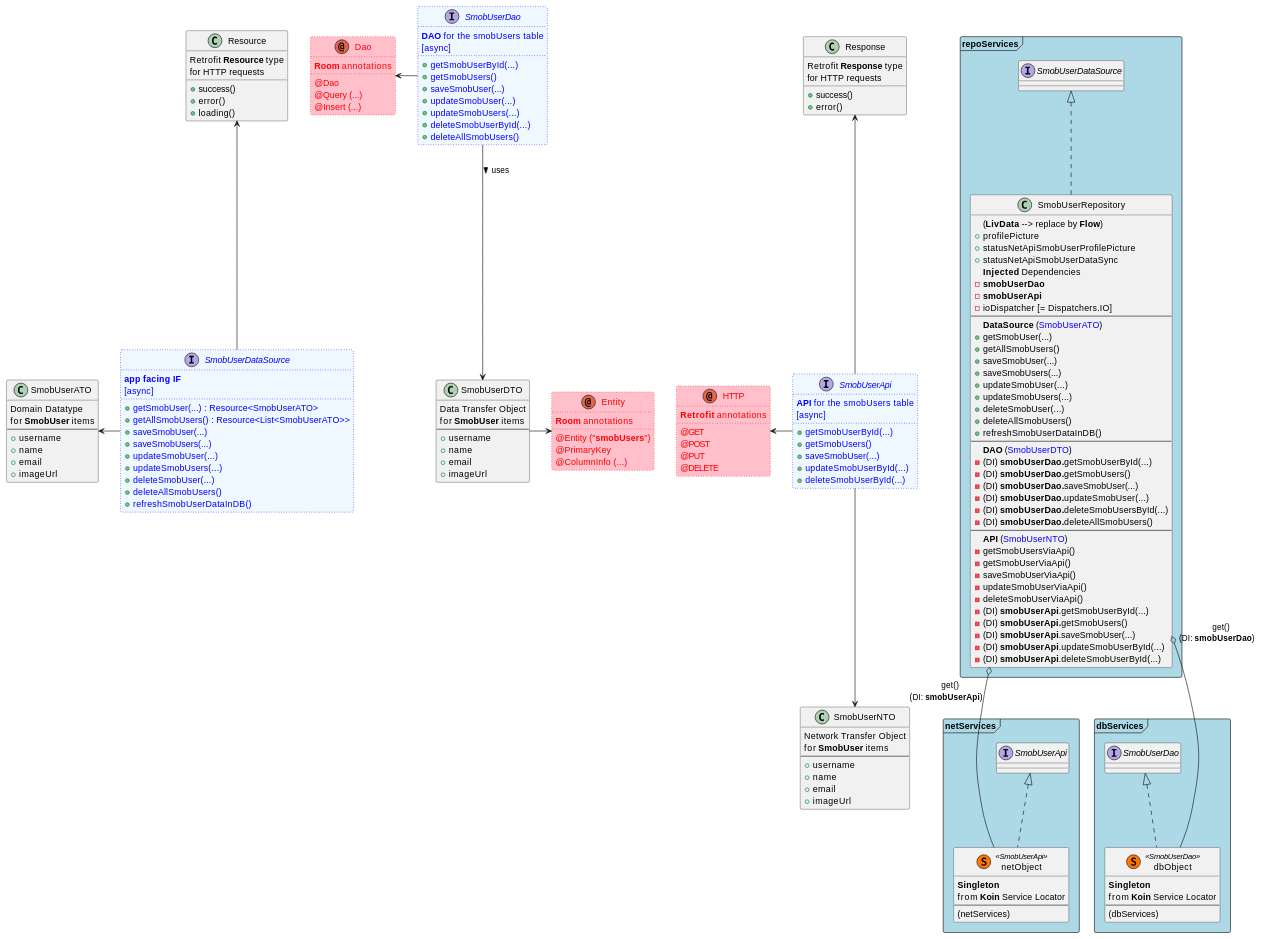
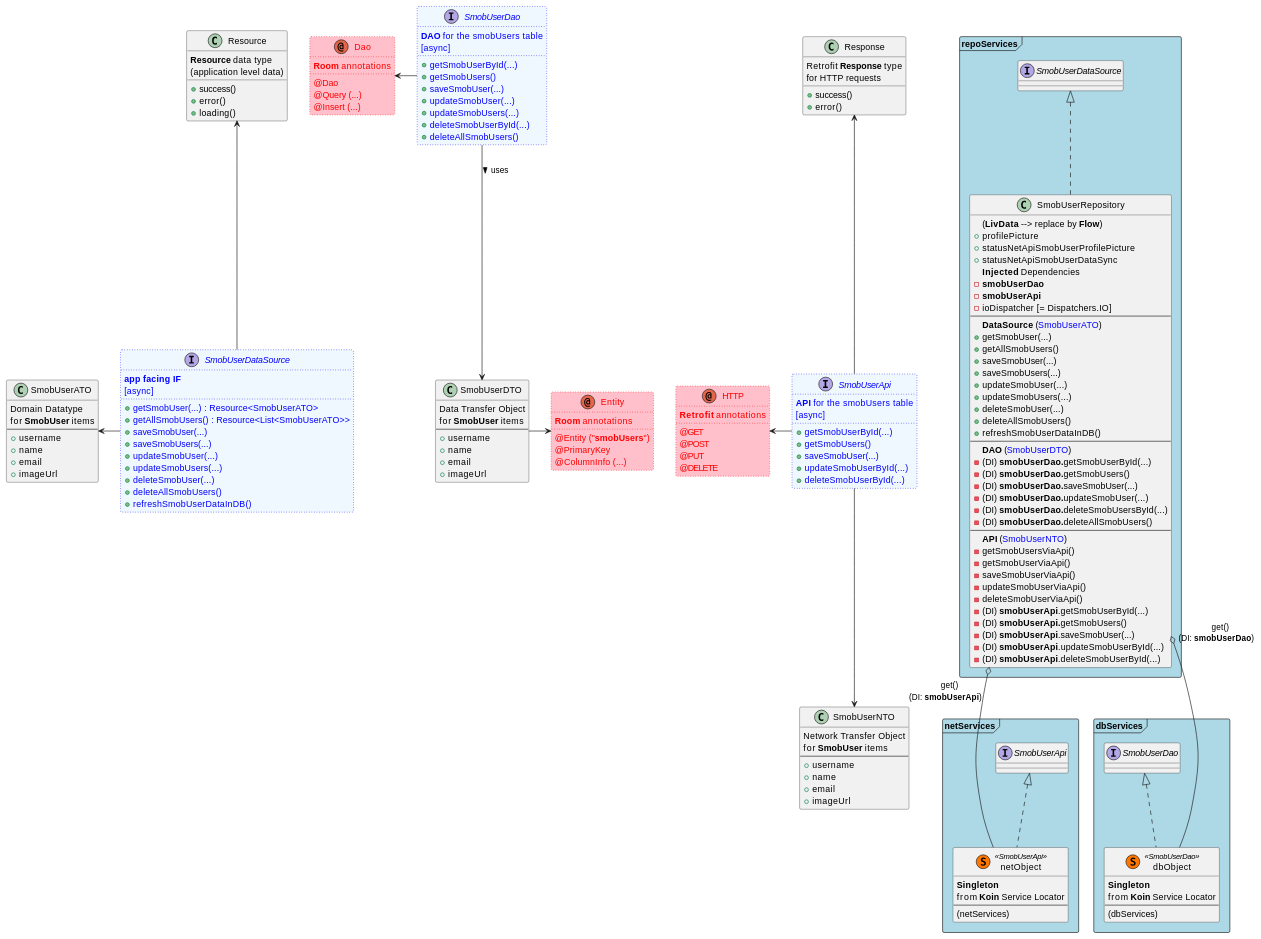
The diagram in doc/puml/smobUserRepository.md (fwornle/ShopMob), drawn with PlantUML before and after one commit.

Commit message:
correction: repo UML - Resource type description

```diff
--- a/doc/puml/smobUserRepository.md
+++ b/doc/puml/smobUserRepository.md
@@ -15,8 +15,8 @@
 }
 
 class Resource {
-    Retrofit **Resource** type
-    for HTTP requests
+    **Resource** data type
+    {field} (application level data)
     +success()
     +error()
     +loading()
```
